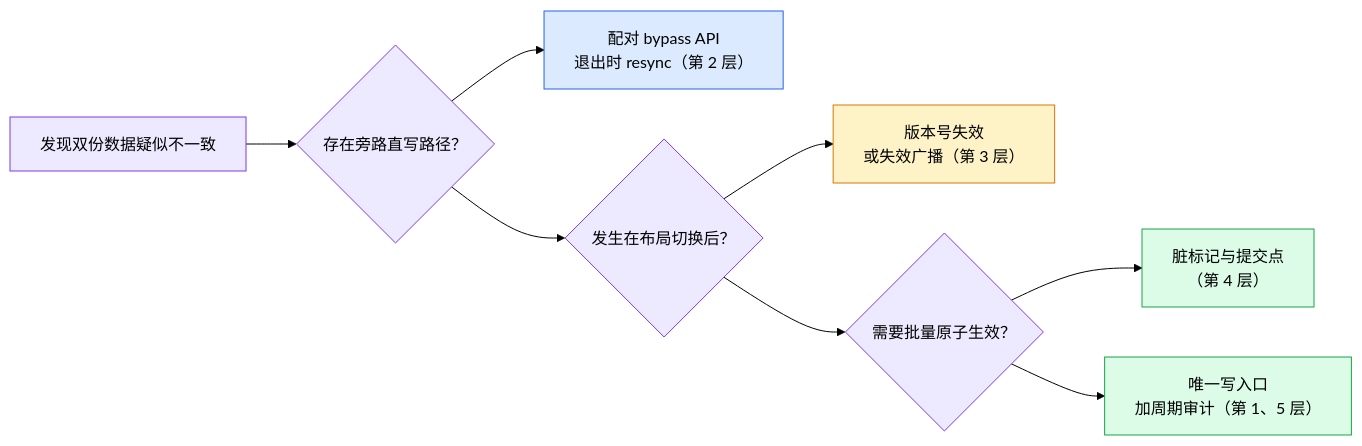
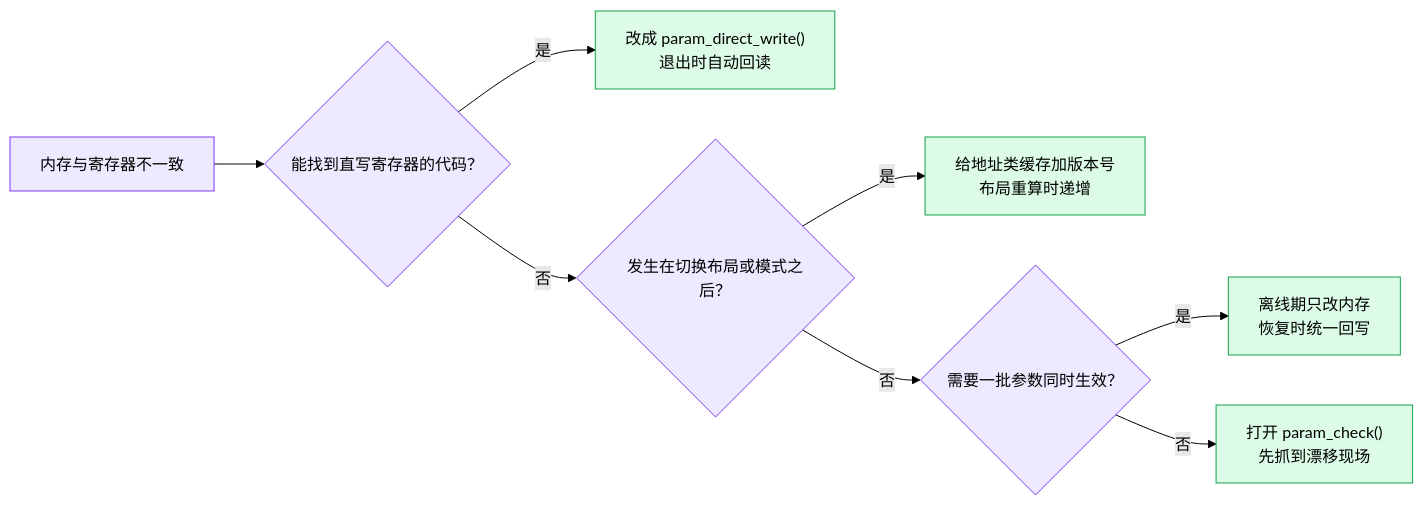
One commit to DeguiLiu/tech-notes changed the fifth of 5 diagrams in content/posts/architecture/hardware_software_cache_coherence.md. Above: the diagram before and after it, drawn with Mermaid (forest theme). The commit also changed other lines of this file and 1 other file, not shown here.

Commit message:
story-docs(blog): rewrite cache coherence post with code and diagrams

````diff
--- a/content/posts/architecture/hardware_software_cache_coherence.md
+++ b/content/posts/architecture/hardware_software_cache_coherence.md
@@ -415,22 +638,12 @@
 ```mermaid
 flowchart LR
-    START["发现双份数据疑似不一致"]:::q
-    Q1{"存在旁路直写路径？"}:::q
-    A1["配对 bypass API<br/>退出时 resync（第 2 层）"]:::d2
-    Q2{"发生在布局切换后？"}:::q
-    A2["版本号失效<br/>或失效广播（第 3 层）"]:::d3
-    Q3{"需要批量原子生效？"}:::q
-    A3["脏标记与提交点<br/>（第 4 层）"]:::d1
-    A4["唯一写入口<br/>加周期审计（第 1、5 层）"]:::d1
-    START --> Q1
-    Q1 --> A1
-    Q1 --> Q2
-    Q2 --> A2
-    Q2 --> Q3
-    Q3 --> A3
-    Q3 --> A4
+    S["内存与寄存器不一致"]:::q --> Q1{"能找到直写寄存器的代码？"}:::q
+    Q1 -- 是 --> A1["改成 param_direct_write()<br/>退出时自动回读"]:::fix
+    Q1 -- 否 --> Q2{"发生在切换布局或模式之后？"}:::q
+    Q2 -- 是 --> A2["给地址类缓存加版本号<br/>布局重算时递增"]:::fix
+    Q2 -- 否 --> Q3{"需要一批参数同时生效？"}:::q
+    Q3 -- 是 --> A3["离线期只改内存<br/>恢复时统一回写"]:::fix
+    Q3 -- 否 --> A4["打开 param_check()<br/>先抓到漂移现场"]:::fix
     classDef q fill:#ede9fe,stroke:#7c3aed
-    classDef d2 fill:#dbeafe,stroke:#2563eb
-    classDef d3 fill:#fef3c7,stroke:#d97706
-    classDef d1 fill:#dcfce7,stroke:#16a34a
+    classDef fix fill:#dcfce7,stroke:#16a34a
 ```
````
